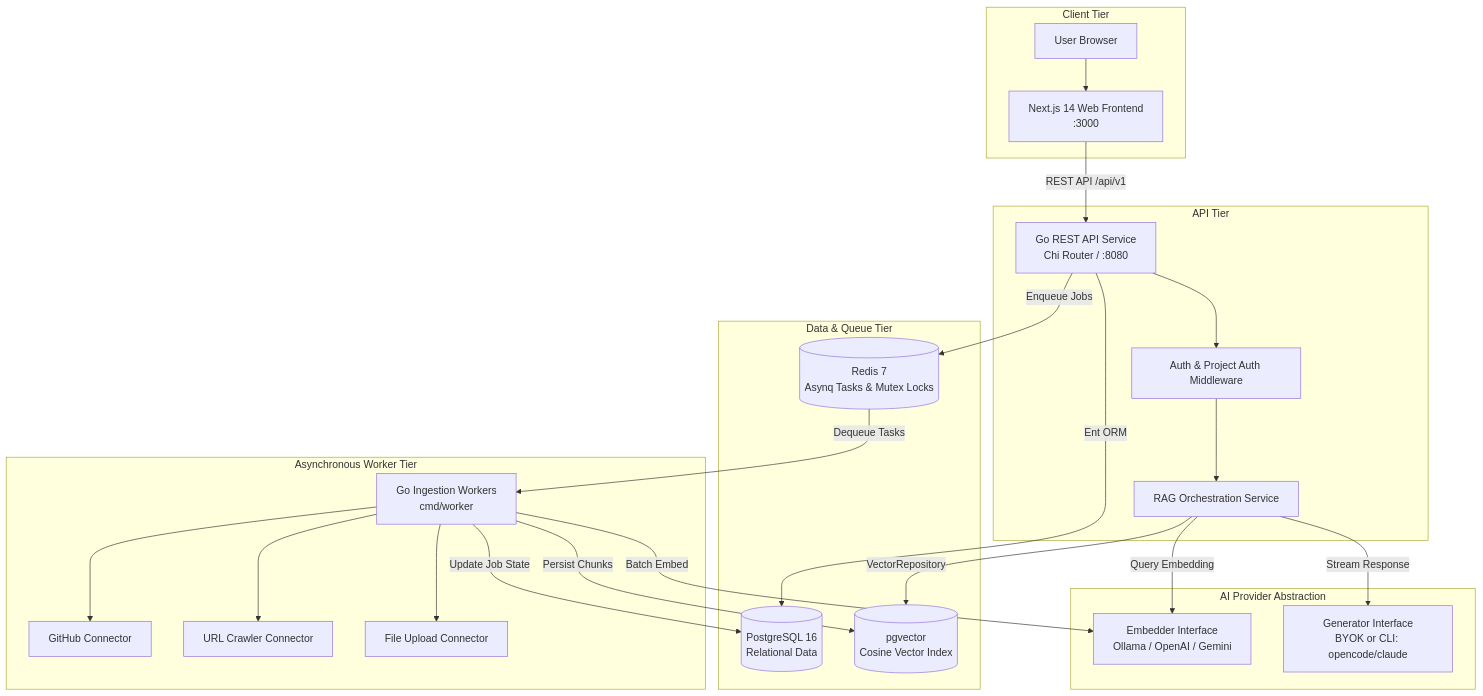
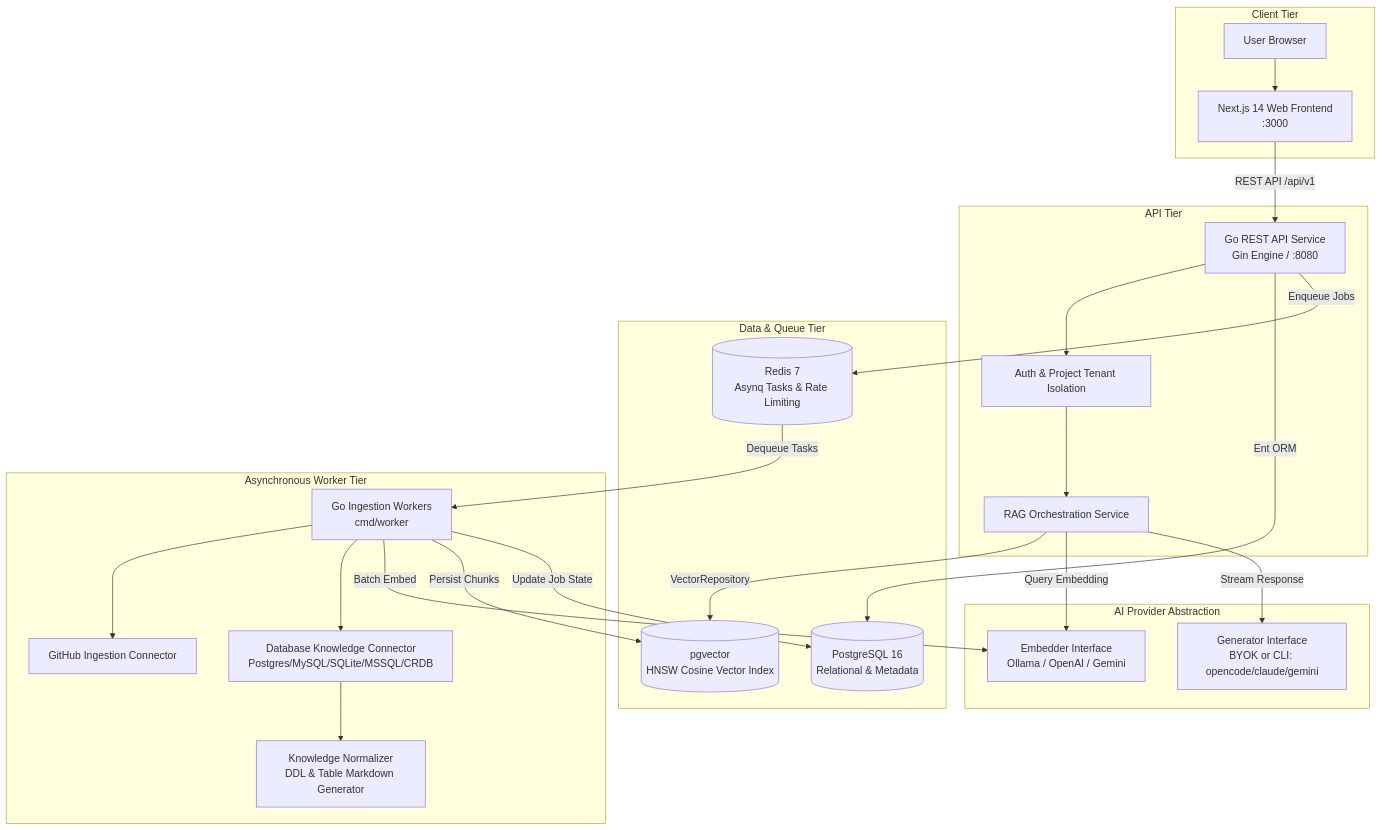
Before and after one commit to unknownjedi/contextforge: the first of 4 diagrams in docs/architecture/diagrams.md, drawn with Mermaid. The commit also changed other lines of this file and 77 other files, not shown here.

First line of the commit message:
feat(database): add external relational database knowledge sources

````diff
--- a/docs/architecture/diagrams.md
+++ b/docs/architecture/diagrams.md
@@ -5,52 +5,52 @@
 ```mermaid
 flowchart TD
     subgraph Client Tier
         UserBrowser[User Browser]
         NextApp[Next.js 14 Web Frontend\n:3000]
     end
 
     subgraph API Tier
-        GoAPI[Go REST API Service\nChi Router / :8080]
-        AuthMiddleware[Auth & Project Auth Middleware]
+        GoAPI[Go REST API Service\nGin Engine / :8080]
+        AuthMiddleware[Auth & Project Tenant Isolation]
         RAGOrchestrator[RAG Orchestration Service]
     end
 
     subgraph Data & Queue Tier
-        Postgres[(PostgreSQL 16\nRelational Data)]
-        PgVector[(pgvector\nCosine Vector Index)]
-        RedisQueue[(Redis 7\nAsynq Tasks & Mutex Locks)]
+        Postgres[(PostgreSQL 16\nRelational & Metadata)]
+        PgVector[(pgvector\nHNSW Cosine Vector Index)]
+        RedisQueue[(Redis 7\nAsynq Tasks & Rate Limiting)]
     end
 
     subgraph Asynchronous Worker Tier
         WorkerPool[Go Ingestion Workers\ncmd/worker]
-        GHConnector[GitHub Connector]
-        URLConnector[URL Crawler Connector]
-        FileConnector[File Upload Connector]
+        GHConnector[GitHub Ingestion Connector]
+        DBConnector[Database Knowledge Connector\nPostgres/MySQL/SQLite/MSSQL/CRDB]
+        Normalizer[Knowledge Normalizer\nDDL & Table Markdown Generator]
     end
 
     subgraph AI Provider Abstraction
         Embedder[Embedder Interface\nOllama / OpenAI / Gemini]
-        Generator[Generator Interface\nBYOK or CLI: opencode/claude]
+        Generator[Generator Interface\nBYOK or CLI: opencode/claude/gemini]
     end
 
     UserBrowser --> NextApp
     NextApp -->|REST API /api/v1| GoAPI
     GoAPI --> AuthMiddleware
     AuthMiddleware --> RAGOrchestrator
 
     RAGOrchestrator -->|VectorRepository| PgVector
     RAGOrchestrator -->|Query Embedding| Embedder
     RAGOrchestrator -->|Stream Response| Generator
 
     GoAPI -->|Ent ORM| Postgres
     GoAPI -->|Enqueue Jobs| RedisQueue
 
     RedisQueue -->|Dequeue Tasks| WorkerPool
     WorkerPool --> GHConnector
-    WorkerPool --> URLConnector
-    WorkerPool --> FileConnector
+    WorkerPool --> DBConnector
+    DBConnector --> Normalizer
 
     WorkerPool -->|Batch Embed| Embedder
     WorkerPool -->|Persist Chunks| PgVector
     WorkerPool -->|Update Job State| Postgres
 ```
````
